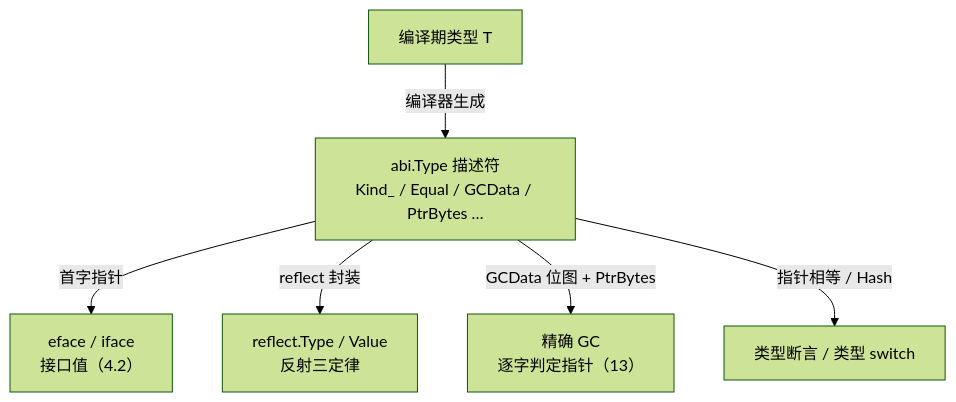
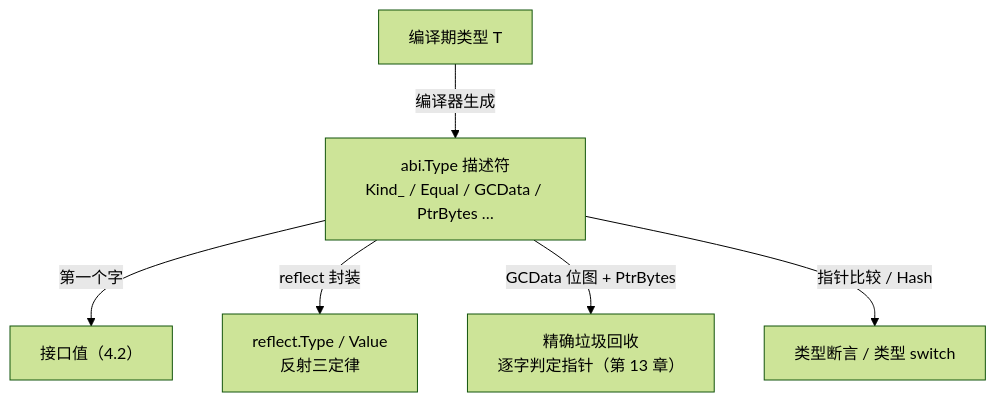
The diagram in book/zh-cn/part2lang/ch04type/type.md (golang-design/under-the-hood), drawn with Mermaid (forest theme) before and after one commit. The commit also changed other lines of this file and 3 other files, not shown here.

````diff
--- a/book/zh-cn/part2lang/ch04type/type.md
+++ b/book/zh-cn/part2lang/ch04type/type.md
@@ -175,8 +242,8 @@
 ```mermaid
 flowchart TD
     SRC["编译期类型 T"] -->|编译器生成| DESC["abi.Type 描述符<br/>Kind_ / Equal / GCData / PtrBytes …"]
-    DESC -->|首字指针| EFACE["eface / iface<br/>接口值（4.2）"]
+    DESC -->|第一个字| EFACE["接口值（4.2）"]
     DESC -->|reflect 封装| REFLECT["reflect.Type / Value<br/>反射三定律"]
-    DESC -->|GCData 位图 + PtrBytes| GC["精确 GC<br/>逐字判定指针（13）"]
-    DESC -->|指针相等 / Hash| SW["类型断言 / 类型 switch"]
+    DESC -->|GCData 位图 + PtrBytes| GC["精确垃圾回收<br/>逐字判定指针（第 13 章）"]
+    DESC -->|指针比较 / Hash| SW["类型断言 / 类型 switch"]
 ```
````
